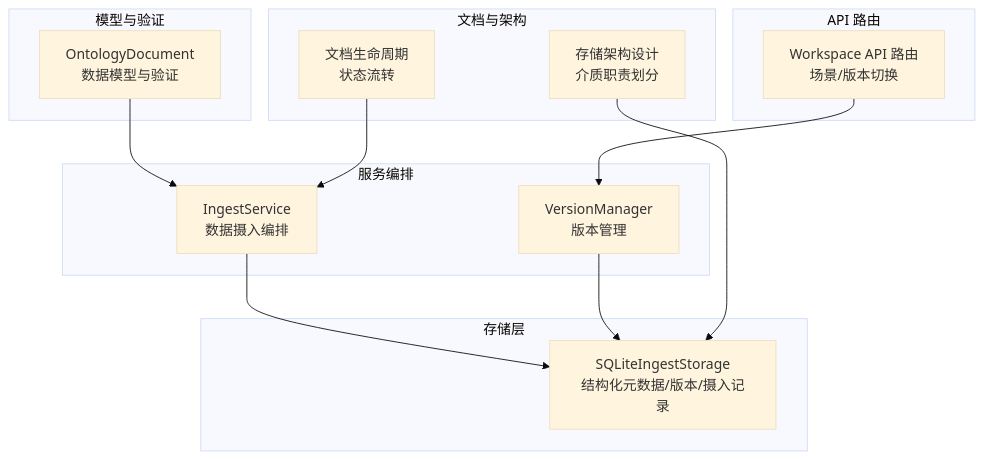
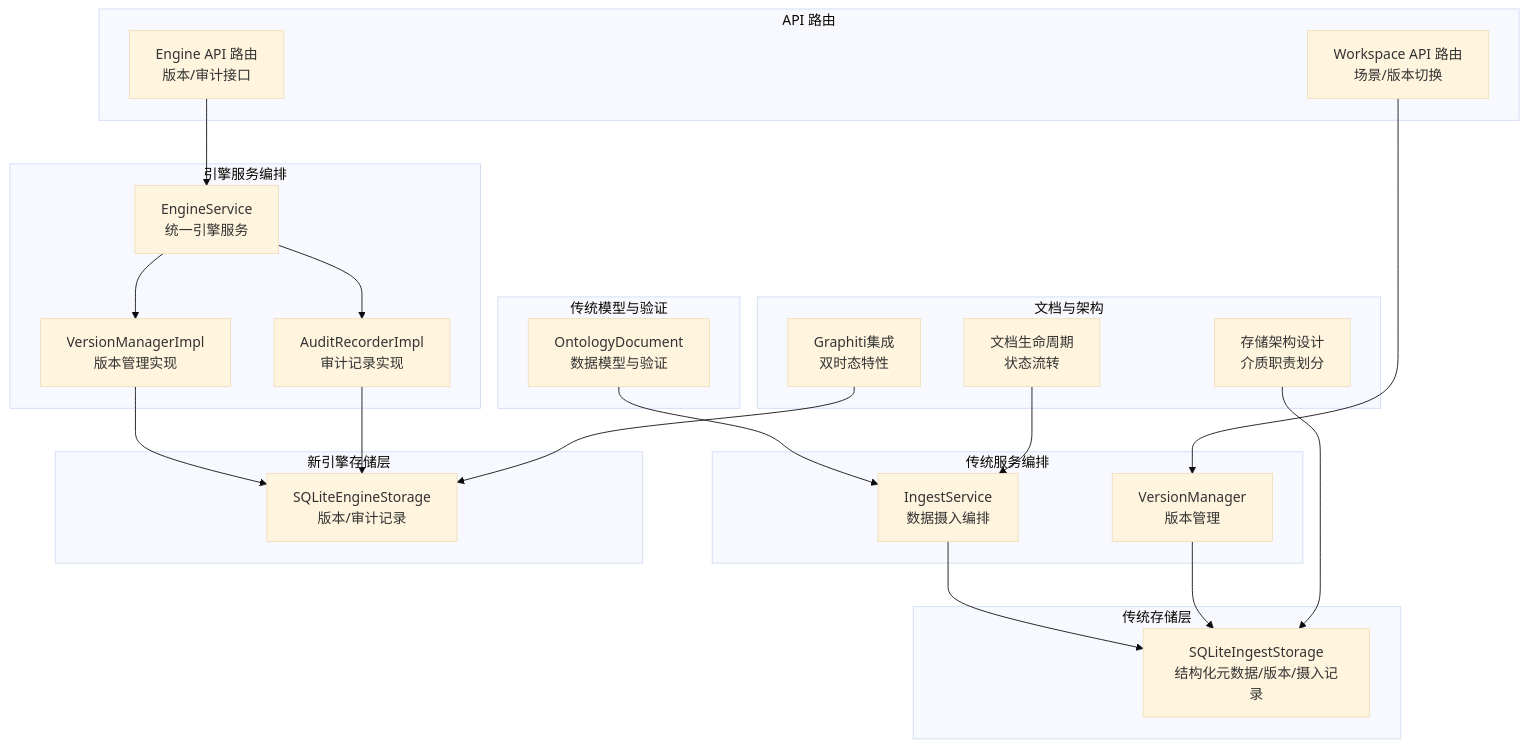
The first of 9 diagrams in .qoder/repowiki/zh/content/项目概述/核心特性/OMS元模型框架/本体文档管理.md (inier/ontology-graphiti), drawn with Mermaid (base theme) before and after one commit. The commit also changed other lines of this file and 56 other files, not shown here.

````diff
--- a/.qoder/repowiki/zh/content/项目概述/核心特性/OMS元模型框架/本体文档管理.md
+++ b/.qoder/repowiki/zh/content/项目概述/核心特性/OMS元模型框架/本体文档管理.md
@@ -42,26 +64,42 @@
 ```mermaid
 graph TB
-subgraph "模型与验证"
+subgraph "传统模型与验证"
 A["OntologyDocument<br/>数据模型与验证"]
 end
-subgraph "服务编排"
+subgraph "传统服务编排"
 B["IngestService<br/>数据摄入编排"]
 C["VersionManager<br/>版本管理"]
 end
-subgraph "存储层"
+subgraph "传统存储层"
 D["SQLiteIngestStorage<br/>结构化元数据/版本/摄入记录"]
 end
+subgraph "新引擎存储层"
+E["SQLiteEngineStorage<br/>版本/审计记录"]
+end
+subgraph "引擎服务编排"
+F["EngineService<br/>统一引擎服务"]
+G["VersionManagerImpl<br/>版本管理实现"]
+H["AuditRecorderImpl<br/>审计记录实现"]
+end
 subgraph "API 路由"
-E["Workspace API 路由<br/>场景/版本切换"]
+I["Workspace API 路由<br/>场景/版本切换"]
+J["Engine API 路由<br/>版本/审计接口"]
 end
 subgraph "文档与架构"
-F["文档生命周期<br/>状态流转"]
-G["存储架构设计<br/>介质职责划分"]
+K["文档生命周期<br/>状态流转"]
+L["存储架构设计<br/>介质职责划分"]
+M["Graphiti集成<br/>双时态特性"]
 end
 A --> B
 B --> D
 C --> D
-E --> C
-F --> B
-G --> D
+F --> G
+F --> H
+G --> E
+H --> E
+I --> C
+J --> F
+K --> B
+L --> D
+M --> E
 ```
````
